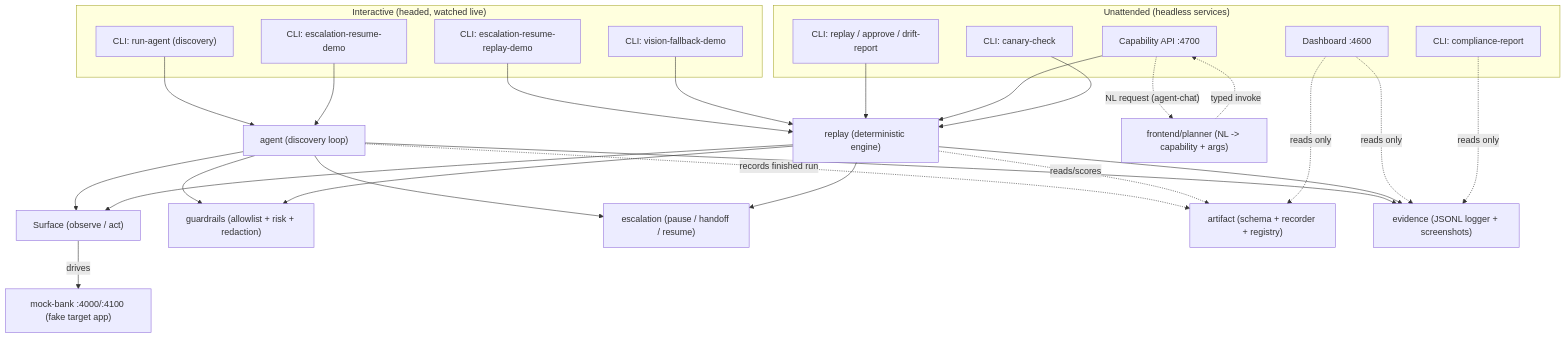
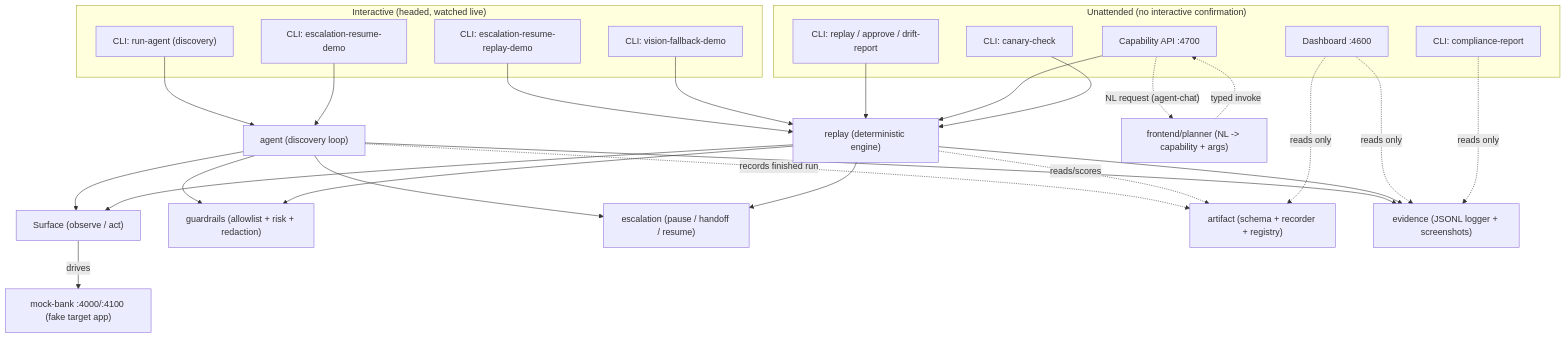
The diagram in docs/01-system-design.md (devpatel122003/computer-use-automation-system), drawn with Mermaid before and after one commit. The commit also changed other lines of this file and 8 other files, not shown here.

````diff
--- a/docs/01-system-design.md
+++ b/docs/01-system-design.md
@@ -61,53 +61,53 @@
 ```mermaid
 flowchart TD
     subgraph Interactive["Interactive (headed, watched live)"]
         RunAgent["CLI: run-agent (discovery)"]
         EscResume["CLI: escalation-resume-demo"]
         EscResumeReplay["CLI: escalation-resume-replay-demo"]
         VisionDemo["CLI: vision-fallback-demo"]
     end
 
-    subgraph Unattended["Unattended (headless services)"]
+    subgraph Unattended["Unattended (no interactive confirmation)"]
         ReplayCLI["CLI: replay / approve / drift-report"]
         CapAPI["Capability API :4700"]
         Dashboard["Dashboard :4600"]
         Canary["CLI: canary-check"]
         Compliance["CLI: compliance-report"]
     end
 
     Agent["agent (discovery loop)"]
     Replay["replay (deterministic engine)"]
     Surface["Surface (observe / act)"]
     Guardrails["guardrails (allowlist + risk + redaction)"]
     Escalation["escalation (pause / handoff / resume)"]
     Artifact["artifact (schema + recorder + registry)"]
     Evidence["evidence (JSONL logger + screenshots)"]
     Frontend["frontend/planner (NL -> capability + args)"]
 
     RunAgent --> Agent
     EscResume --> Agent
     EscResumeReplay --> Replay
     VisionDemo --> Replay
     Agent --> Surface
     Agent -.->|records finished run| Artifact
     Agent --> Guardrails
     Agent --> Escalation
     Agent --> Evidence
 
     ReplayCLI --> Replay
     CapAPI --> Replay
     Canary --> Replay
     Replay --> Surface
     Replay --> Guardrails
     Replay --> Escalation
     Replay --> Evidence
     Replay -.->|reads/scores| Artifact
 
     CapAPI -.->|"NL request (agent-chat)"| Frontend
     Frontend -.->|typed invoke| CapAPI
     Dashboard -.->|reads only| Artifact
     Dashboard -.->|reads only| Evidence
     Compliance -.->|reads only| Evidence
 
     Surface -->|drives| MockBank["mock-bank :4000/:4100 (fake target app)"]
 ```
````
